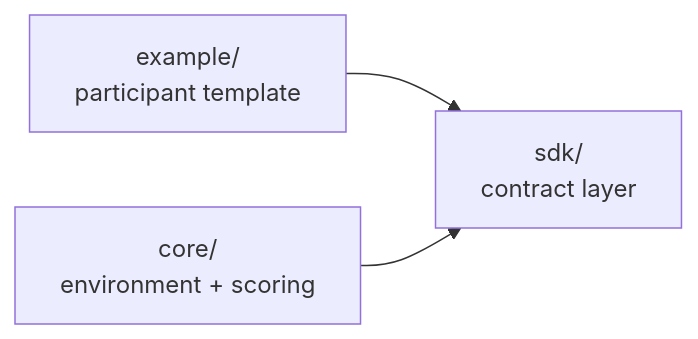
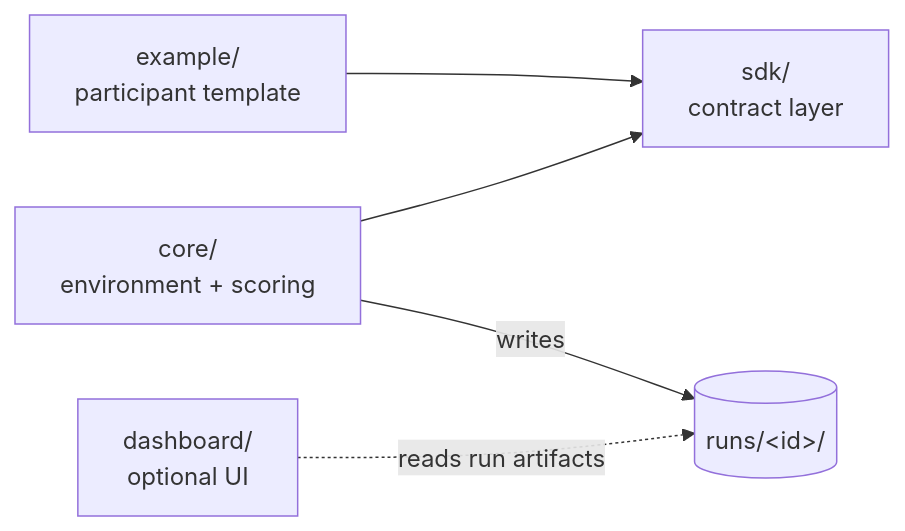
Before and after one commit to NyxFoundation/eris-agent-simulator: the first of 2 diagrams in docs/guide/architecture.md, drawn with Mermaid. The commit also changed other lines of this file and 13 other files, not shown here.

````diff
--- a/docs/guide/architecture.md
+++ b/docs/guide/architecture.md
@@ -14,5 +15,7 @@
 ```mermaid
 graph LR
   example["example/<br/>participant template"] --> sdk["sdk/<br/>contract layer"]
   core["core/<br/>environment + scoring"] --> sdk
+  dashboard["dashboard/<br/>optional UI"] -.->|"reads run artifacts"| runs[("runs/&lt;id&gt;/")]
+  core -->|"writes"| runs
 ```
````
